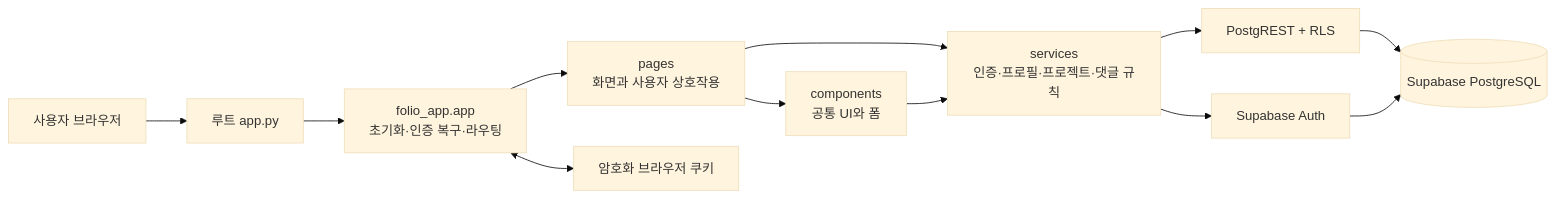
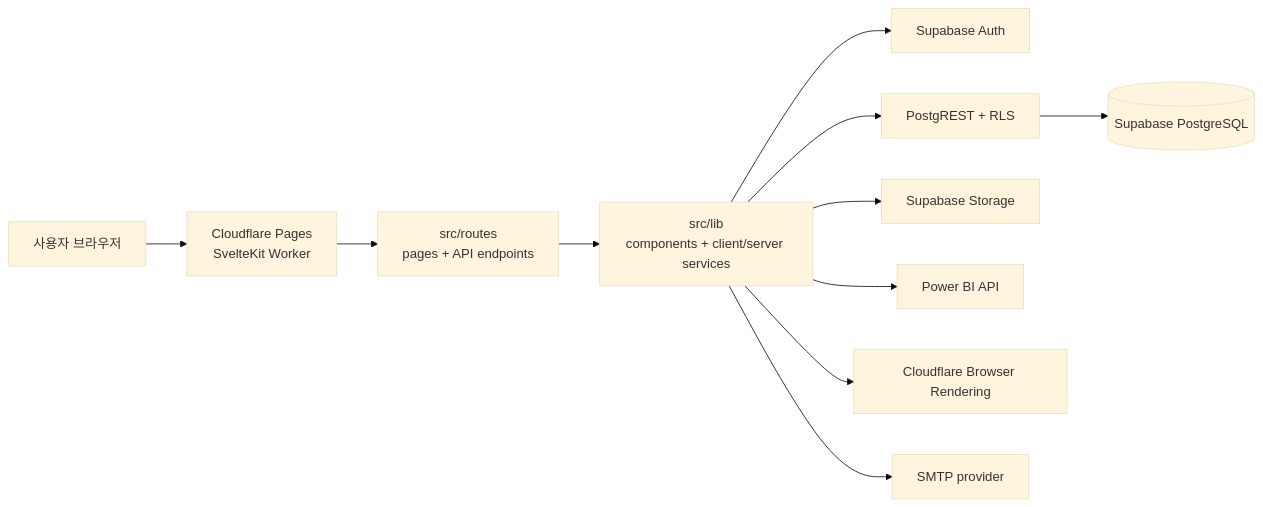
One commit to Snowball-Impact/folio changed the diagram in docs/common/ARCHITECTURE.md. Above: the diagram before and after it, drawn with Mermaid (base theme). The commit also changed other lines of this file and 16 other files, not shown here.

````diff
--- a/docs/common/ARCHITECTURE.md
+++ b/docs/common/ARCHITECTURE.md
@@ -9,23 +9,23 @@
 ```mermaid
 flowchart LR
     User[사용자 브라우저]
-    Entry[루트 app.py]
-    Coordinator[folio_app.app<br/>초기화·인증 복구·라우팅]
-    Pages[pages<br/>화면과 사용자 상호작용]
-    Components[components<br/>공통 UI와 폼]
-    Services[services<br/>인증·프로필·프로젝트·댓글 규칙]
+    Pages[Cloudflare Pages<br/>SvelteKit Worker]
+    Routes[src/routes<br/>pages + API endpoints]
+    Lib[src/lib<br/>components + client/server services]
     Auth[Supabase Auth]
     RLS[PostgREST + RLS]
     DB[(Supabase PostgreSQL)]
-    Cookie[암호화 브라우저 쿠키]
+    Storage[Supabase Storage]
+    PowerBI[Power BI API]
+    BrowserRun[Cloudflare Browser Rendering]
+    SMTP[SMTP provider]
 
-    User --> Entry --> Coordinator
-    Coordinator --> Pages
-    Pages --> Components
-    Pages --> Services
-    Components --> Services
-    Services --> Auth
-    Services --> RLS --> DB
-    Coordinator <--> Cookie
-    Auth --> DB
+    User --> Pages --> Routes
+    Routes --> Lib
+    Lib --> Auth
+    Lib --> RLS --> DB
+    Lib --> Storage
+    Lib --> PowerBI
+    Lib --> BrowserRun
+    Lib --> SMTP
 ```
````
